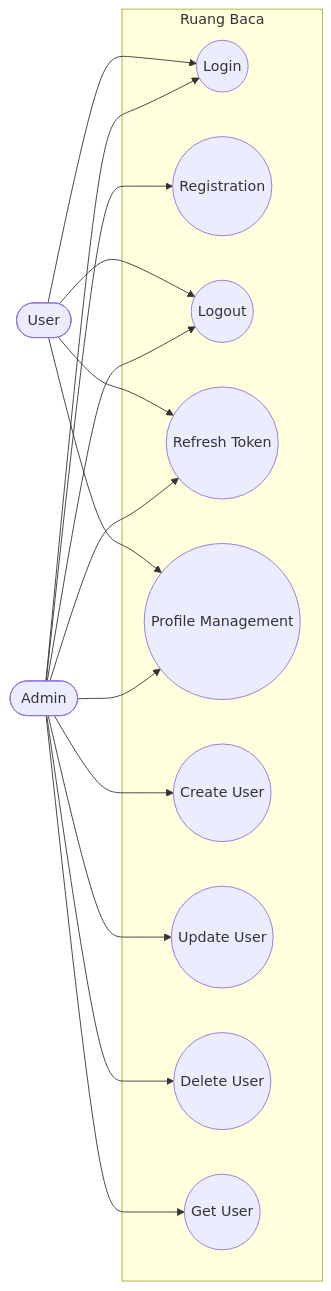
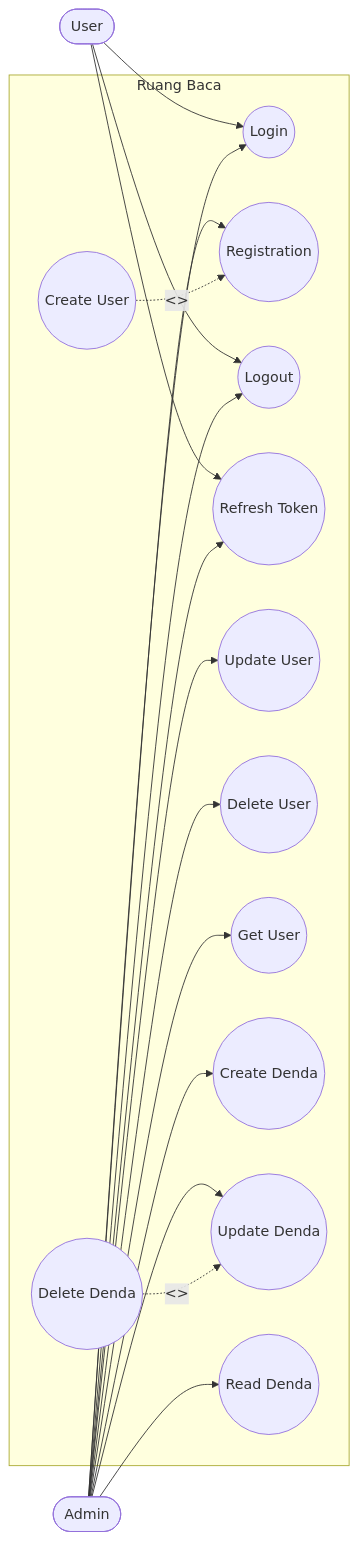
Before and after one commit to dimstyle/ruang-baca: the diagram in docs/uml/src/diagrams/list-diagrams/use-case.mmd, drawn with Mermaid. The commit also changed 5 other files, not shown here.

Commit message:
docs(uml): update use-case and sequence diagrams for registration and denda

```diff
--- a/docs/uml/src/diagrams/list-diagrams/use-case.mmd
+++ b/docs/uml/src/diagrams/list-diagrams/use-case.mmd
@@ -1,30 +1,36 @@
 flowchart LR
     user(["User"])
     admin(["Admin"])
 
     subgraph system["Ruang Baca"]
         login(("Login"))
         register(("Registration"))
+        createUser(("Create User"))
         logout(("Logout"))
         refreshToken(("Refresh Token"))
-        profileManagement(("Profile Management"))
-        createUser(("Create User"))
         updateUser(("Update User"))
         deleteUser(("Delete User"))
         getUser(("Get User"))
+        createDenda(("Create Denda"))
+        updateDenda(("Update Denda"))
+        deleteDenda(("Delete Denda"))
+        readDenda(("Read Denda"))
     end
 
     user --> login
     user --> logout
     user --> refreshToken
-    user --> profileManagement
-    
+
     admin --> login
     admin --> register
     admin --> logout
     admin --> refreshToken
-    admin --> profileManagement
-    admin --> createUser
     admin --> updateUser
     admin --> deleteUser
     admin --> getUser
+    admin --> createDenda
+    admin --> updateDenda
+    admin --> readDenda
+
+    createUser -. "<<extend>>" .-> register
+    deleteDenda -. "<<extend>>" .-> updateDenda
```
